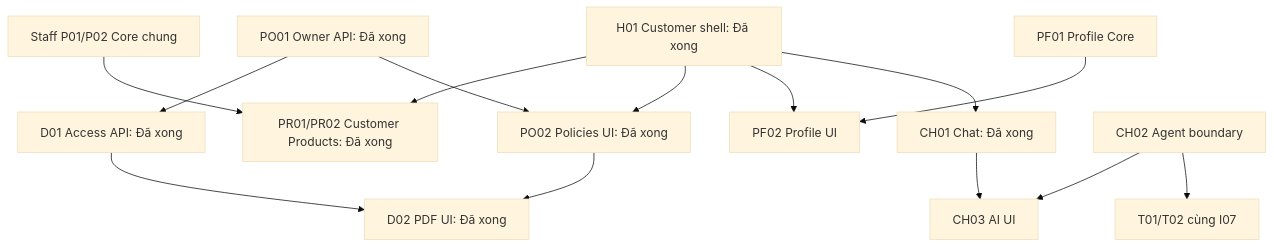
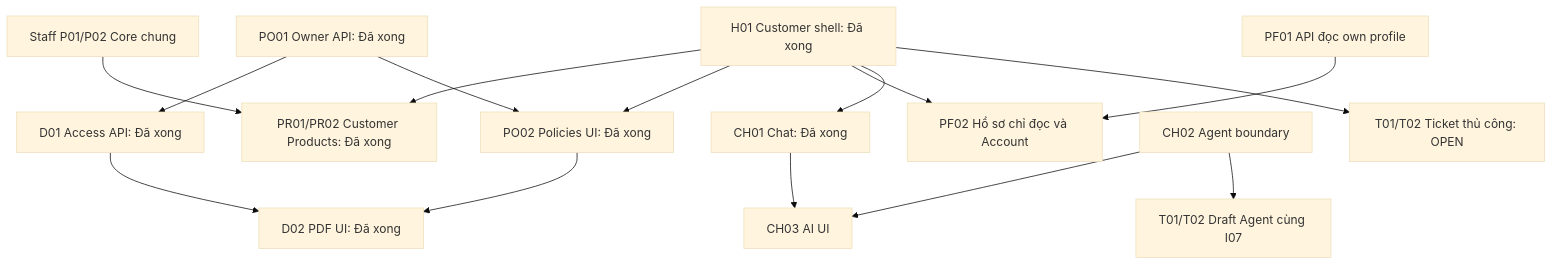
The diagram in docs/ui/customer/plans/README.md (natuan05/LifeInsuranceAIAssistant), drawn with Mermaid (base theme) before and after one commit. The commit also changed other lines of this file and 77 other files, not shown here.

````diff
--- a/docs/ui/customer/plans/README.md
+++ b/docs/ui/customer/plans/README.md
@@ -43,16 +43,17 @@
 ```mermaid
 flowchart TD
   P[Staff P01/P02 Core chung] --> PR[PR01/PR02 Customer Products: Đã xong]
   H[H01 Customer shell: Đã xong] --> PR
   H --> PO[PO02 Policies UI: Đã xong]
   O[PO01 Owner API: Đã xong] --> D[D01 Access API: Đã xong]
   O --> PO
   D --> V[D02 PDF UI: Đã xong]
   PO --> V
-  H --> PF[PF02 Profile UI]
-  PC[PF01 Profile Core] --> PF
+  H --> PF[PF02 Hồ sơ chỉ đọc và Account]
+  PC[PF01 API đọc own profile] --> PF
   H --> CH[CH01 Chat: Đã xong]
   AG[CH02 Agent boundary] --> AI[CH03 AI UI]
   CH --> AI
-  AG --> T[T01/T02 cùng I07]
+  AG --> T[T01/T02 Draft Agent cùng I07]
+  H --> M[T01/T02 Ticket thủ công: OPEN]
 ```
````
